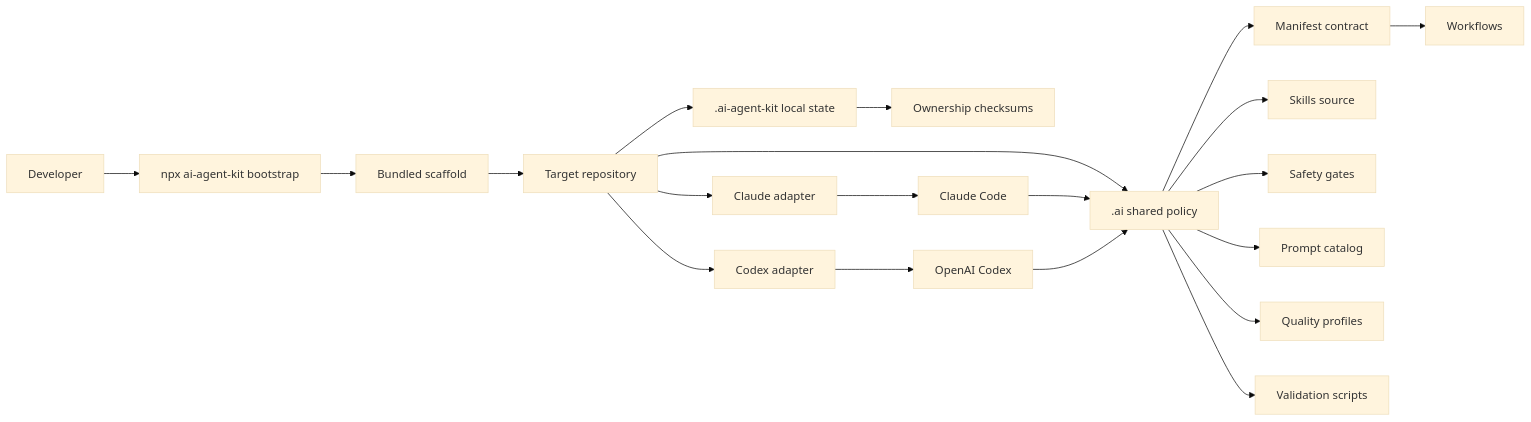
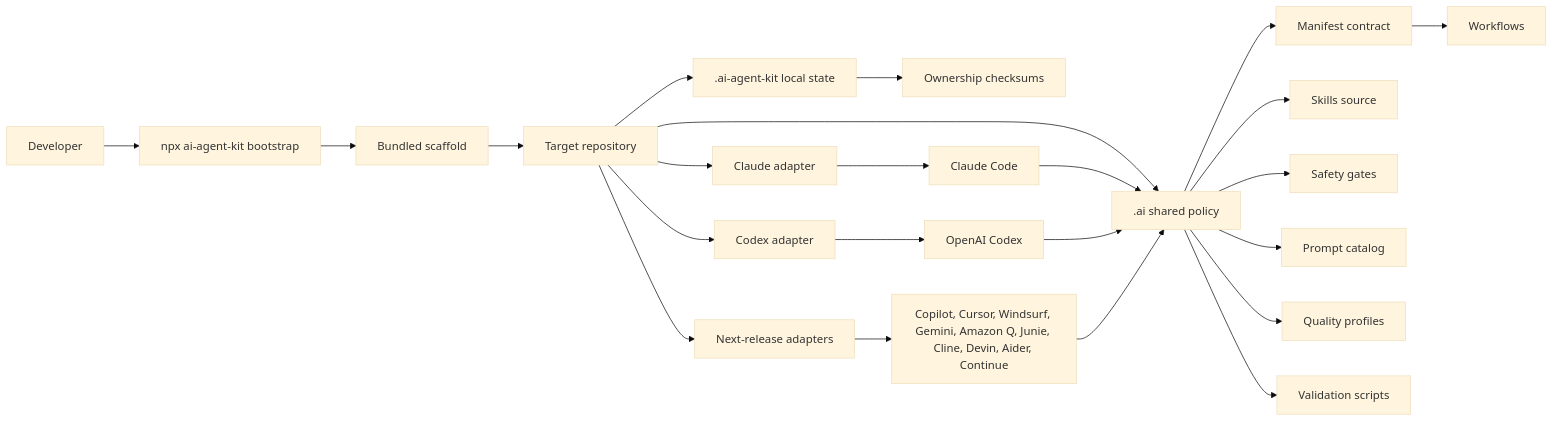
One commit to phamhungptithcm/ai-agent-kit changed the first of 7 diagrams in docs/HIGH_LEVEL_DESIGN.md. Above: the diagram before and after it, drawn with Mermaid (base theme). The commit also changed other lines of this file and 137 other files, not shown here.

````diff
--- a/docs/HIGH_LEVEL_DESIGN.md
+++ b/docs/HIGH_LEVEL_DESIGN.md
@@ -17,26 +17,29 @@
 ```mermaid
 flowchart LR
   Dev[Developer] --> CLI[npx ai-agent-kit bootstrap]
   CLI --> Scaffold[Bundled scaffold]
   Scaffold --> TargetRepo[Target repository]
 
   TargetRepo --> AI[.ai shared policy]
   TargetRepo --> Claude[Claude adapter]
   TargetRepo --> Codex[Codex adapter]
+  TargetRepo --> Other[Next-release adapters]
   TargetRepo --> LocalState[.ai-agent-kit local state]
   LocalState --> Ownership[Ownership checksums]
 
   AI --> Contract[Manifest contract]
   Contract --> Workflows[Workflows]
   AI --> Skills[Skills source]
   AI --> Guards[Safety gates]
   AI --> Prompts[Prompt catalog]
   AI --> QualityProfiles[Quality profiles]
   AI --> Validators[Validation scripts]
 
   Claude --> ClaudeCode[Claude Code]
   Codex --> CodexAgent[OpenAI Codex]
+  Other --> OtherAgents[Copilot, Cursor, Windsurf, Gemini, Amazon Q, Junie, Cline, Devin, Aider, Continue]
 
   ClaudeCode --> AI
   CodexAgent --> AI
+  OtherAgents --> AI
 ```
````
